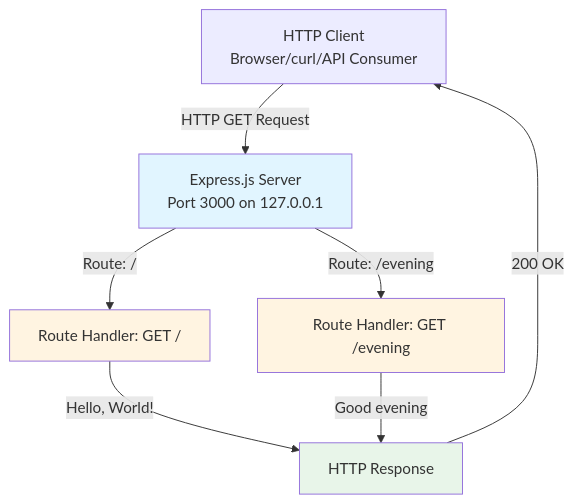
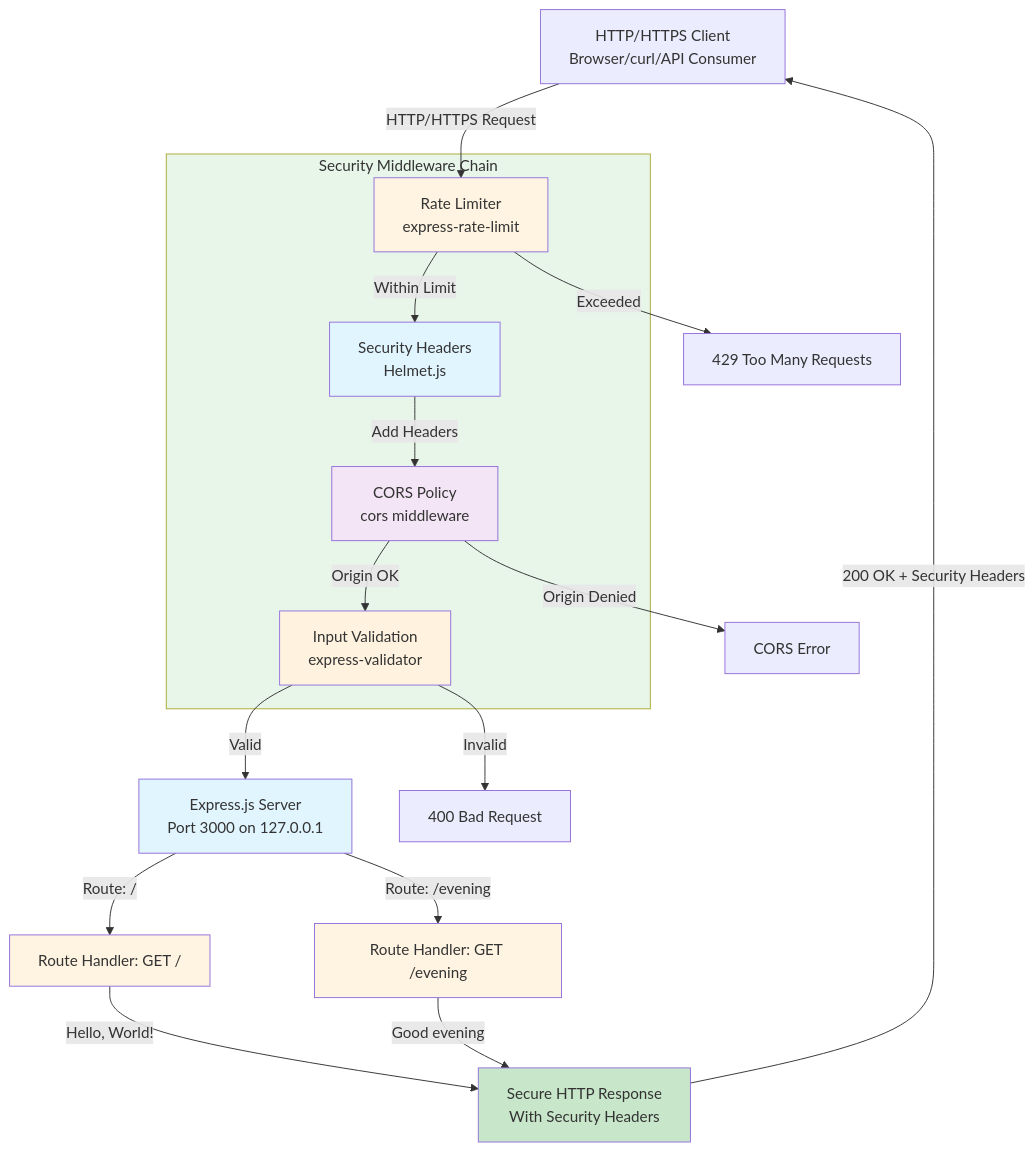
The first of 3 diagrams in README.md (sudhanshu-spec/test-spec), drawn with Mermaid before and after one commit. The commit also changed other lines of this file, not shown here.

First line of the commit message:
docs: Update README.md with comprehensive security documentation

````diff
--- a/README.md
+++ b/README.md
@@ -217,20 +556,40 @@
 ```mermaid
 graph TB
-    Client[HTTP Client<br/>Browser/curl/API Consumer]
+    Client[HTTP/HTTPS Client<br/>Browser/curl/API Consumer]
+    
+    subgraph SecurityLayer[Security Middleware Chain]
+        RateLimit[Rate Limiter<br/>express-rate-limit]
+        Helmet[Security Headers<br/>Helmet.js]
+        CORS[CORS Policy<br/>cors middleware]
+        Validation[Input Validation<br/>express-validator]
+    end
+    
     Server[Express.js Server<br/>Port 3000 on 127.0.0.1]
     RootHandler[Route Handler: GET /]
     EveningHandler[Route Handler: GET /evening]
-    Response[HTTP Response]
+    Response[Secure HTTP Response<br/>With Security Headers]
     
-    Client -->|HTTP GET Request| Server
+    Client -->|HTTP/HTTPS Request| RateLimit
+    RateLimit -->|Within Limit| Helmet
+    RateLimit -->|Exceeded| TooMany[429 Too Many Requests]
+    Helmet -->|Add Headers| CORS
+    CORS -->|Origin OK| Validation
+    CORS -->|Origin Denied| CORSError[CORS Error]
+    Validation -->|Valid| Server
+    Validation -->|Invalid| BadRequest[400 Bad Request]
     Server -->|Route: /| RootHandler
     Server -->|Route: /evening| EveningHandler
     RootHandler -->|"Hello, World!\n"| Response
     EveningHandler -->|"Good evening"| Response
-    Response -->|200 OK| Client
+    Response -->|200 OK + Security Headers| Client
     
+    style SecurityLayer fill:#e8f5e9
+    style RateLimit fill:#fff4e1
+    style Helmet fill:#e1f5ff
+    style CORS fill:#f3e5f5
+    style Validation fill:#fff3e0
     style Server fill:#e1f5ff
     style RootHandler fill:#fff4e1
     style EveningHandler fill:#fff4e1
-    style Response fill:#e8f5e9
+    style Response fill:#c8e6c9
 ```
````
